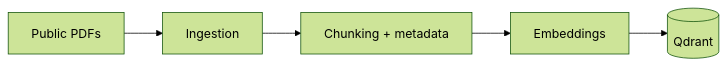
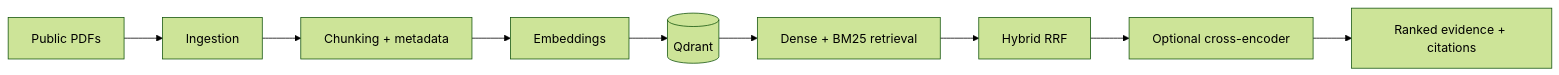
The diagram in README.md (MayankYadav-ds/enterprise-rag-agent), drawn with Mermaid (forest theme) before and after one commit. The commit also changed other lines of this file and 26 other files, not shown here.

Commit message:
feat(retrieval): complete hybrid search, reranking, and evaluation

````diff
--- a/README.md
+++ b/README.md
@@ -23,7 +26,11 @@
 ```mermaid
 flowchart LR
     D[Public PDFs] --> I[Ingestion]
     I --> C[Chunking + metadata]
     C --> E[Embeddings]
     E --> Q[(Qdrant)]
+    Q --> R[Dense + BM25 retrieval]
+    R --> F[Hybrid RRF]
+    F --> X[Optional cross-encoder]
+    X --> H[Ranked evidence + citations]
 ```
````
